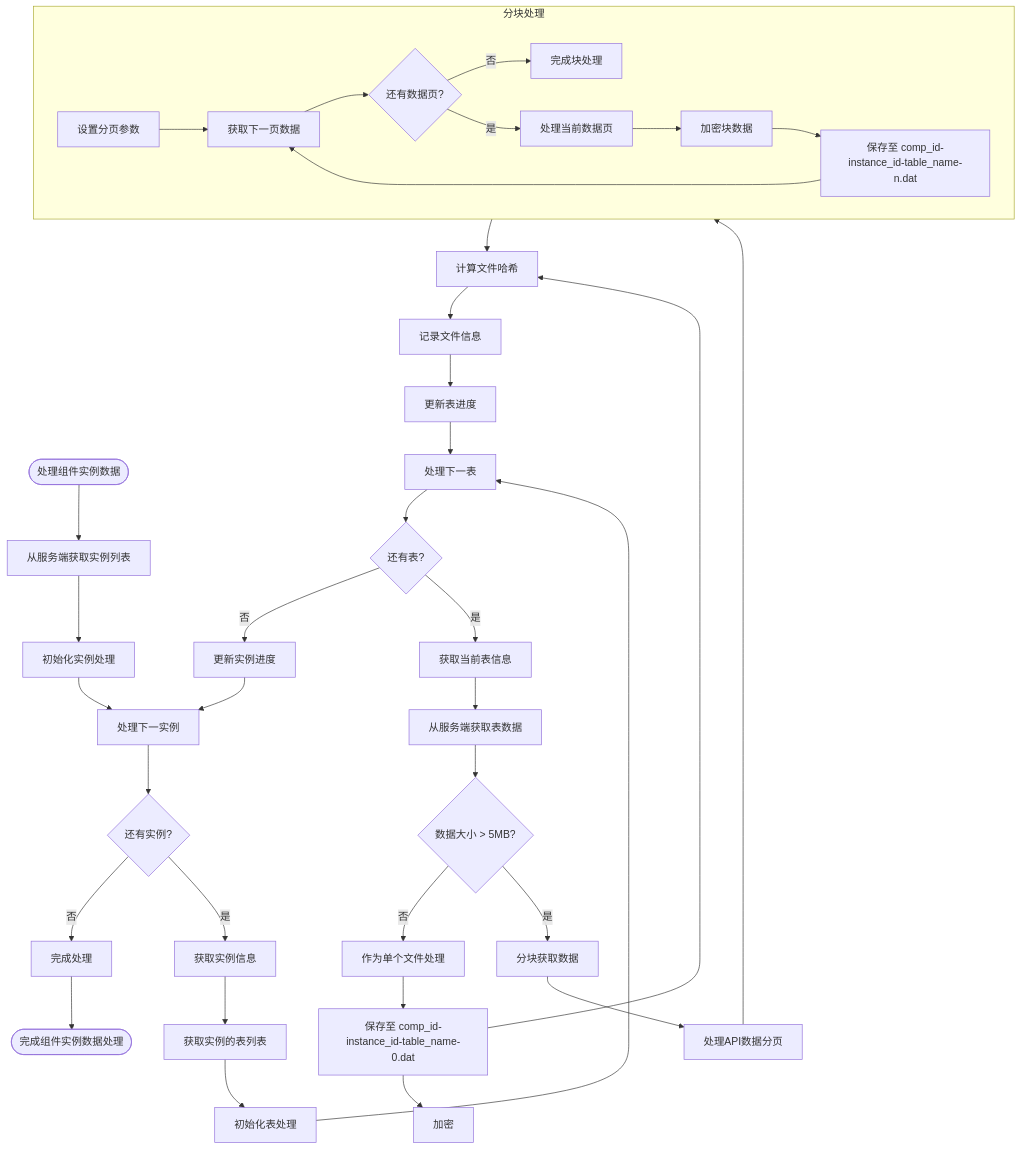
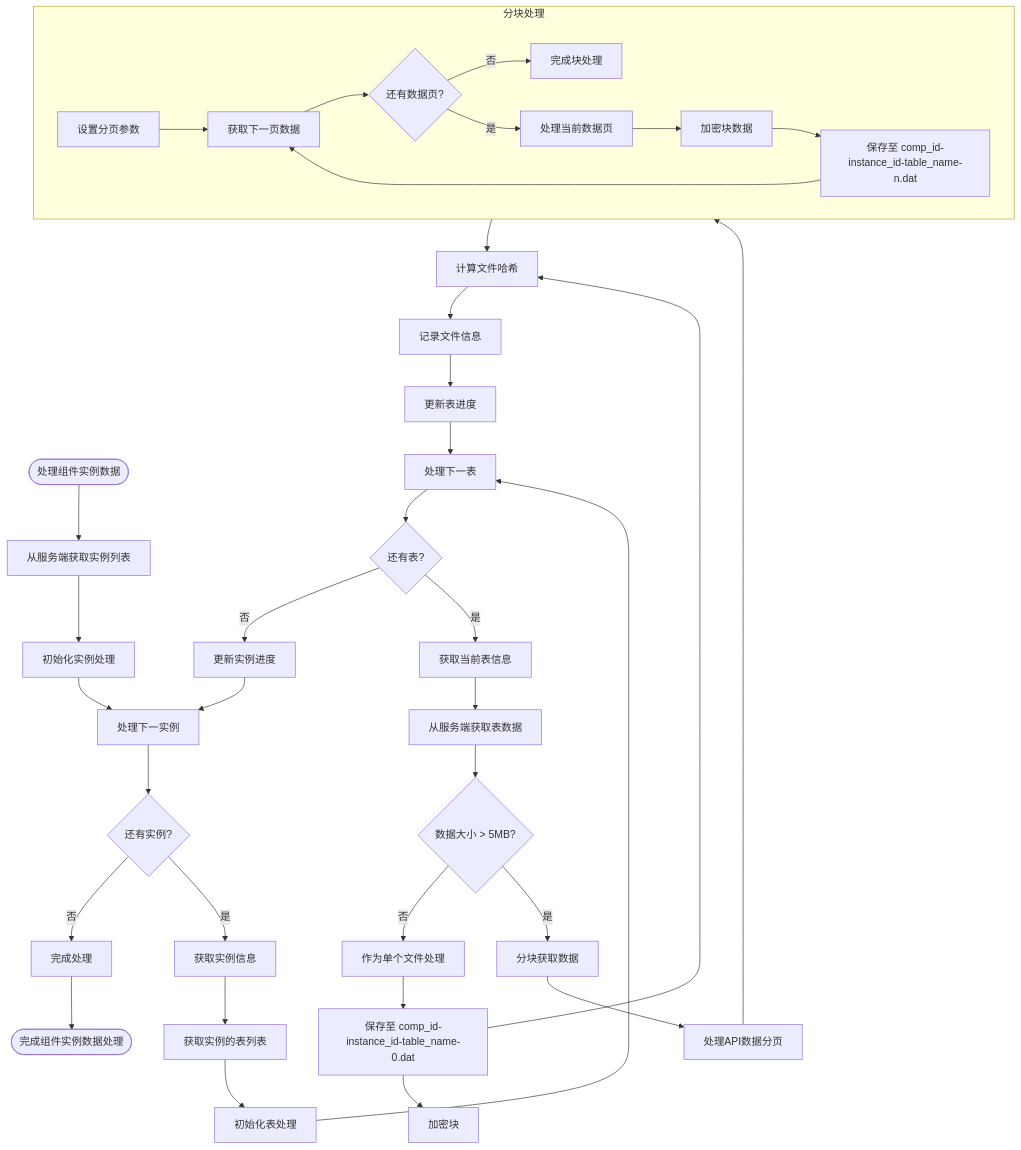
One commit to yingjianzh/iodraw-files changed the diagram in all/未命名-52.md. Above: the diagram before and after it, drawn with Mermaid.

Commit message:
2025-05-09 15:22:36 update

````diff
--- a/all/未命名-52.md
+++ b/all/未命名-52.md
@@ -1,51 +1,51 @@
 ```mermaid
 flowchart TD
     Start([处理组件实例数据]) --> FetchInstanceList[从服务端获取实例列表]
     FetchInstanceList --> InitInstanceProcess[初始化实例处理]
     
     InitInstanceProcess --> ProcessNextInst[处理下一实例]
     ProcessNextInst --> MoreInsts{还有实例?}
     MoreInsts -->|否| CompleteProcess[完成处理]
     MoreInsts -->|是| GetInstanceInfo[获取实例信息]
     
     GetInstanceInfo --> FetchTableList[获取实例的表列表]
     FetchTableList --> InitTableProcess[初始化表处理]
     
     InitTableProcess --> ProcessNextTable[处理下一表]
     ProcessNextTable --> MoreTables{还有表?}
     MoreTables -->|否| UpdateInstProgress[更新实例进度]
     MoreTables -->|是| GetTableInfo[获取当前表信息]
     
     UpdateInstProgress --> ProcessNextInst
     
     GetTableInfo --> FetchTableData[从服务端获取表数据]
     FetchTableData --> DataSize{数据大小 > 5MB?}
     
     DataSize -->|否| SingleFile[作为单个文件处理]
     DataSize -->|是| ChunkedFetch[分块获取数据]
     
     SingleFile --> SaveInstData[保存至 comp_id-instance_id-table_name-0.dat]
     ChunkedFetch --> ProcessAPIChunks[处理API数据分页]
     
     subgraph ChunkProcess [分块处理]
         C1[设置分页参数] --> C2[获取下一页数据]
         C2 --> C3{还有数据页?}
         C3 -->|否| C7[完成块处理]
         C3 -->|是| C4[处理当前数据页]
         C4 --> C5[加密块数据]
         C5 --> C6[保存至 comp_id-instance_id-table_name-n.dat]
         C6 --> C2
     end
     
     ProcessAPIChunks --> ChunkProcess
     
-    SaveInstData --> CalcPass[加密]
+    SaveInstData --> CalcPass[加密块]
     SaveInstData --> CalcFileHash[计算文件哈希]
     ChunkProcess --> CalcFileHash
     
     CalcFileHash --> RecordFileInfo[记录文件信息]
     RecordFileInfo --> UpdateTableProgress[更新表进度]
     UpdateTableProgress --> ProcessNextTable
     
     CompleteProcess --> End([完成组件实例数据处理])
 ```
````
